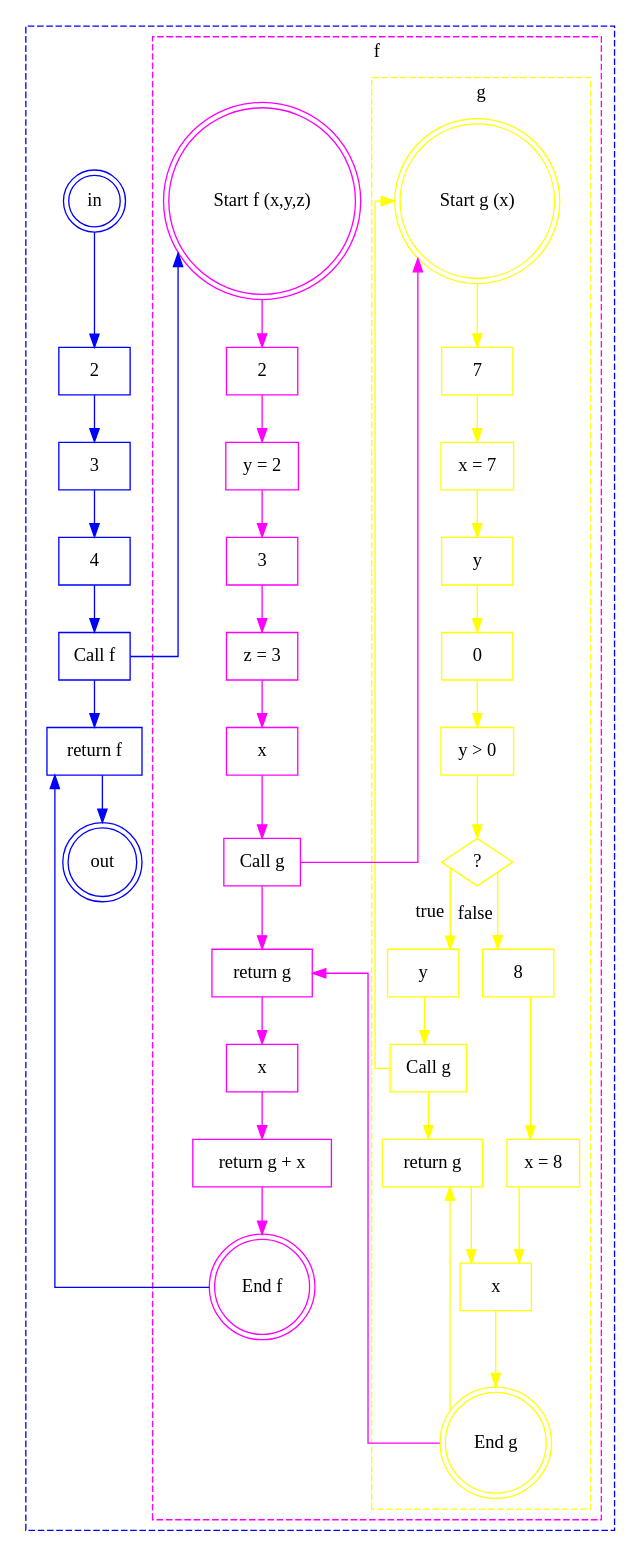
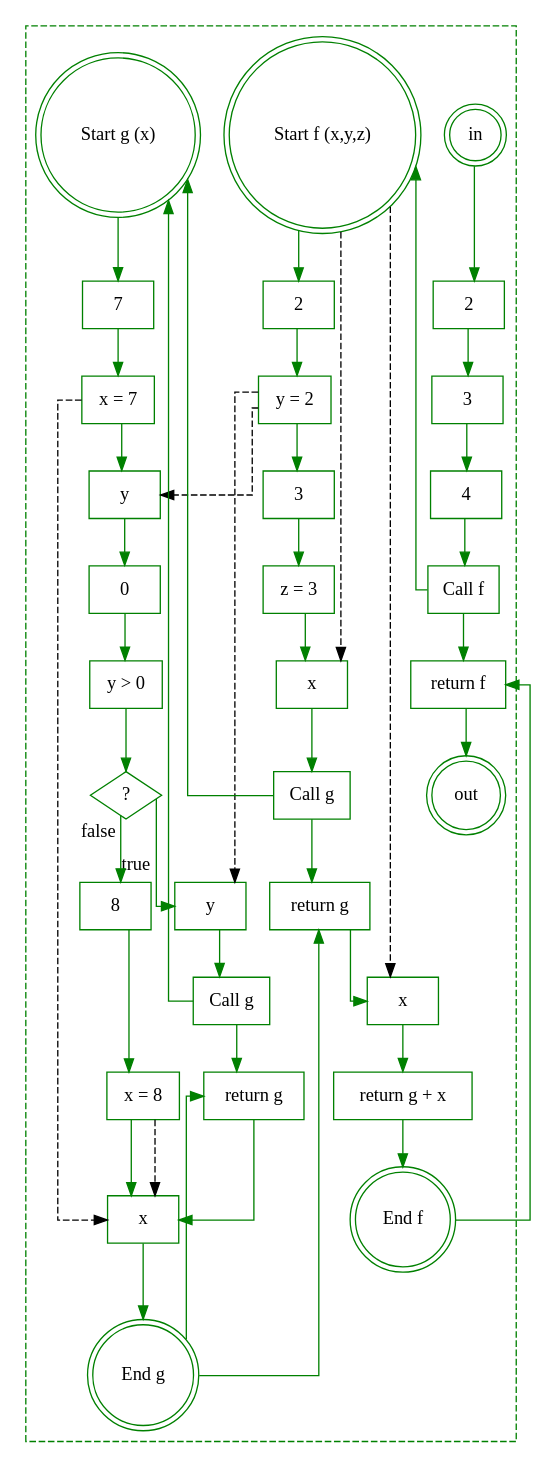
One commit to Cataract92/TRIPLA changed the diagram in res/graph.dot. Above: the diagram before and after it, drawn with Graphviz. The commit also changed 5 other files, not shown here.

```diff
--- a/res/graph.dot
+++ b/res/graph.dot
@@ -1,86 +1,82 @@
 digraph G {
   splines=ortho;
   subgraph cluster_ {
     label="";
-     style="dashed"    color="blue";
-  subgraph cluster_f {
-    label="f";
-     style="dashed"    color="fuchsia";
-  subgraph cluster_g {
-    label="g";
-     style="dashed"    color="yellow";
-1 [label = "Start g (x)", shape = "doublecircle", style = "", color="yellow"];
-2 [label = "End g", shape = "doublecircle", style = "", color="yellow"];
-3 [label = "7", shape = "rectangle", style = "", color="yellow"];
-4 [label = "x = 7", shape = "rectangle", style = "", color="yellow"];
-5 [label = "y", shape = "rectangle", style = "", color="yellow"];
-6 [label = "0", shape = "rectangle", style = "", color="yellow"];
-7 [label = "y > 0", shape = "rectangle", style = "", color="yellow"];
-8 [label = "?", shape = "diamond", style = "", color="yellow"];
-9 [label = "y", shape = "rectangle", style = "", color="yellow"];
-10 [label = "Call g", shape = "rectangle", style = "", color="yellow"];
-11 [label = "return g", shape = "rectangle", style = "", color="yellow"];
-12 [label = "8", shape = "rectangle", style = "", color="yellow"];
-13 [label = "x = 8", shape = "rectangle", style = "", color="yellow"];
-14 [label = "x", shape = "rectangle", style = "", color="yellow"];
-  1 -> 3 [xlabel = "", constraint = "true", color="yellow"]
-  3 -> 4 [xlabel = "", constraint = "true", color="yellow"]
-  4 -> 5 [xlabel = "", constraint = "true", color="yellow"]
-  5 -> 6 [xlabel = "", constraint = "true", color="yellow"]
-  6 -> 7 [xlabel = "", constraint = "true", color="yellow"]
-  7 -> 8 [xlabel = "", constraint = "true", color="yellow"]
-  8 -> 9 [xlabel = "true", constraint = "true", color="yellow"]
-  9 -> 10 [xlabel = "", constraint = "true", color="yellow"]
-  10 -> 11 [xlabel = "", constraint = "true", color="yellow"]
-  10 -> 1 [xlabel = "", constraint = "false", color="yellow"]
-  2 -> 11 [xlabel = "", constraint = "false", color="yellow"]
-  8 -> 12 [xlabel = "false", constraint = "true", color="yellow"]
-  12 -> 13 [xlabel = "", constraint = "true", color="yellow"]
-  14 -> 2 [xlabel = "", constraint = "true", color="yellow"]
-  11 -> 14 [xlabel = "", constraint = "true", color="yellow"]
-  13 -> 14 [xlabel = "", constraint = "true", color="yellow"]
-
-}
-15 [label = "Start f (x,y,z)", shape = "doublecircle", style = "", color="fuchsia"];
-16 [label = "End f", shape = "doublecircle", style = "", color="fuchsia"];
-17 [label = "2", shape = "rectangle", style = "", color="fuchsia"];
-18 [label = "y = 2", shape = "rectangle", style = "", color="fuchsia"];
-19 [label = "3", shape = "rectangle", style = "", color="fuchsia"];
-20 [label = "z = 3", shape = "rectangle", style = "", color="fuchsia"];
-21 [label = "x", shape = "rectangle", style = "", color="fuchsia"];
-22 [label = "Call g", shape = "rectangle", style = "", color="fuchsia"];
-23 [label = "return g", shape = "rectangle", style = "", color="fuchsia"];
-24 [label = "x", shape = "rectangle", style = "", color="fuchsia"];
-25 [label = "return g + x", shape = "rectangle", style = "", color="fuchsia"];
-  15 -> 17 [xlabel = "", constraint = "true", color="fuchsia"]
-  17 -> 18 [xlabel = "", constraint = "true", color="fuchsia"]
-  18 -> 19 [xlabel = "", constraint = "true", color="fuchsia"]
-  19 -> 20 [xlabel = "", constraint = "true", color="fuchsia"]
-  20 -> 21 [xlabel = "", constraint = "true", color="fuchsia"]
-  21 -> 22 [xlabel = "", constraint = "true", color="fuchsia"]
-  22 -> 23 [xlabel = "", constraint = "true", color="fuchsia"]
-  22 -> 1 [xlabel = "", constraint = "false", color="fuchsia"]
-  2 -> 23 [xlabel = "", constraint = "false", color="fuchsia"]
-  23 -> 24 [xlabel = "", constraint = "true", color="fuchsia"]
-  24 -> 25 [xlabel = "", constraint = "true", color="fuchsia"]
-  25 -> 16 [xlabel = "", constraint = "true", color="fuchsia"]
-
-}
-26 [label = "in", shape = "doublecircle", style = "", color="blue"];
-27 [label = "out", shape = "doublecircle", style = "", color="blue"];
-28 [label = "2", shape = "rectangle", style = "", color="blue"];
-29 [label = "3", shape = "rectangle", style = "", color="blue"];
-30 [label = "4", shape = "rectangle", style = "", color="blue"];
-31 [label = "Call f", shape = "rectangle", style = "", color="blue"];
-32 [label = "return f", shape = "rectangle", style = "", color="blue"];
-  26 -> 28 [xlabel = "", constraint = "true", color="blue"]
-  28 -> 29 [xlabel = "", constraint = "true", color="blue"]
-  29 -> 30 [xlabel = "", constraint = "true", color="blue"]
-  30 -> 31 [xlabel = "", constraint = "true", color="blue"]
-  31 -> 32 [xlabel = "", constraint = "true", color="blue"]
-  31 -> 15 [xlabel = "", constraint = "false", color="blue"]
-  16 -> 32 [xlabel = "", constraint = "false", color="blue"]
-  32 -> 27 [xlabel = "", constraint = "true", color="blue"]
+     style="dashed"    color="green";
+1 [label = "in", shape = "doublecircle", style = "", color="green"];
+2 [label = "out", shape = "doublecircle", style = "", color="green"];
+3 [label = "2", shape = "rectangle", style = "", color="green"];
+4 [label = "3", shape = "rectangle", style = "", color="green"];
+5 [label = "4", shape = "rectangle", style = "", color="green"];
+6 [label = "Call f", shape = "rectangle", style = "", color="green"];
+7 [label = "return f", shape = "rectangle", style = "", color="green"];
+8 [label = "Start f (x,y,z)", shape = "doublecircle", style = "", color="green"];
+9 [label = "End f", shape = "doublecircle", style = "", color="green"];
+10 [label = "2", shape = "rectangle", style = "", color="green"];
+11 [label = "y = 2", shape = "rectangle", style = "", color="green"];
+12 [label = "3", shape = "rectangle", style = "", color="green"];
+13 [label = "z = 3", shape = "rectangle", style = "", color="green"];
+14 [label = "x", shape = "rectangle", style = "", color="green"];
+15 [label = "Call g", shape = "rectangle", style = "", color="green"];
+16 [label = "return g", shape = "rectangle", style = "", color="green"];
+17 [label = "Start g (x)", shape = "doublecircle", style = "", color="green"];
+18 [label = "End g", shape = "doublecircle", style = "", color="green"];
+19 [label = "x", shape = "rectangle", style = "", color="green"];
+20 [label = "return g + x", shape = "rectangle", style = "", color="green"];
+21 [label = "7", shape = "rectangle", style = "", color="green"];
+22 [label = "x = 7", shape = "rectangle", style = "", color="green"];
+23 [label = "y", shape = "rectangle", style = "", color="green"];
+24 [label = "0", shape = "rectangle", style = "", color="green"];
+25 [label = "y > 0", shape = "rectangle", style = "", color="green"];
+26 [label = "?", shape = "diamond", style = "", color="green"];
+27 [label = "y", shape = "rectangle", style = "", color="green"];
+28 [label = "Call g", shape = "rectangle", style = "", color="green"];
+29 [label = "return g", shape = "rectangle", style = "", color="green"];
+30 [label = "8", shape = "rectangle", style = "", color="green"];
+31 [label = "x = 8", shape = "rectangle", style = "", color="green"];
+32 [label = "x", shape = "rectangle", style = "", color="green"];
+  1 -> 3 [xlabel = "", constraint = "true", color="green" , style="" ]
+  3 -> 4 [xlabel = "", constraint = "true", color="green" , style="" ]
+  4 -> 5 [xlabel = "", constraint = "true", color="green" , style="" ]
+  5 -> 6 [xlabel = "", constraint = "true", color="green" , style="" ]
+  6 -> 7 [xlabel = "", constraint = "true", color="green" , style="" ]
+  6 -> 8 [xlabel = "", constraint = "false", color="green" , style="" ]
+  9 -> 7 [xlabel = "", constraint = "false", color="green" , style="" ]
+  7 -> 2 [xlabel = "", constraint = "true", color="green" , style="" ]
+  8 -> 10 [xlabel = "", constraint = "true", color="green" , style="" ]
+  10 -> 11 [xlabel = "", constraint = "true", color="green" , style="" ]
+  11 -> 12 [xlabel = "", constraint = "true", color="green" , style="" ]
+  12 -> 13 [xlabel = "", constraint = "true", color="green" , style="" ]
+  13 -> 14 [xlabel = "", constraint = "true", color="green" , style="" ]
+  14 -> 15 [xlabel = "", constraint = "true", color="green" , style="" ]
+  15 -> 16 [xlabel = "", constraint = "true", color="green" , style="" ]
+  15 -> 17 [xlabel = "", constraint = "false", color="green" , style="" ]
+  18 -> 16 [xlabel = "", constraint = "false", color="green" , style="" ]
+  16 -> 19 [xlabel = "", constraint = "true", color="green" , style="" ]
+  19 -> 20 [xlabel = "", constraint = "true", color="green" , style="" ]
+  20 -> 9 [xlabel = "", constraint = "true", color="green" , style="" ]
+  17 -> 21 [xlabel = "", constraint = "true", color="green" , style="" ]
+  21 -> 22 [xlabel = "", constraint = "true", color="green" , style="" ]
+  22 -> 23 [xlabel = "", constraint = "true", color="green" , style="" ]
+  23 -> 24 [xlabel = "", constraint = "true", color="green" , style="" ]
+  24 -> 25 [xlabel = "", constraint = "true", color="green" , style="" ]
+  25 -> 26 [xlabel = "", constraint = "true", color="green" , style="" ]
+  26 -> 27 [xlabel = "true", constraint = "true", color="green" , style="" ]
+  27 -> 28 [xlabel = "", constraint = "true", color="green" , style="" ]
+  28 -> 29 [xlabel = "", constraint = "true", color="green" , style="" ]
+  28 -> 17 [xlabel = "", constraint = "false", color="green" , style="" ]
+  18 -> 29 [xlabel = "", constraint = "false", color="green" , style="" ]
+  26 -> 30 [xlabel = "false", constraint = "true", color="green" , style="" ]
+  30 -> 31 [xlabel = "", constraint = "true", color="green" , style="" ]
+  32 -> 18 [xlabel = "", constraint = "true", color="green" , style="" ]
+  29 -> 32 [xlabel = "", constraint = "true", color="green" , style="" ]
+  31 -> 32 [xlabel = "", constraint = "true", color="green" , style="" ]
+  8 -> 14 [xlabel = "", constraint = "true", color="black" , style="dashed" ]
+  8 -> 19 [xlabel = "", constraint = "true", color="black" , style="dashed" ]
+  11 -> 27 [xlabel = "", constraint = "true", color="black" , style="dashed" ]
+  11 -> 23 [xlabel = "", constraint = "true", color="black" , style="dashed" ]
+  22 -> 32 [xlabel = "", constraint = "true", color="black" , style="dashed" ]
+  31 -> 32 [xlabel = "", constraint = "true", color="black" , style="dashed" ]
 
 }
 }
```
